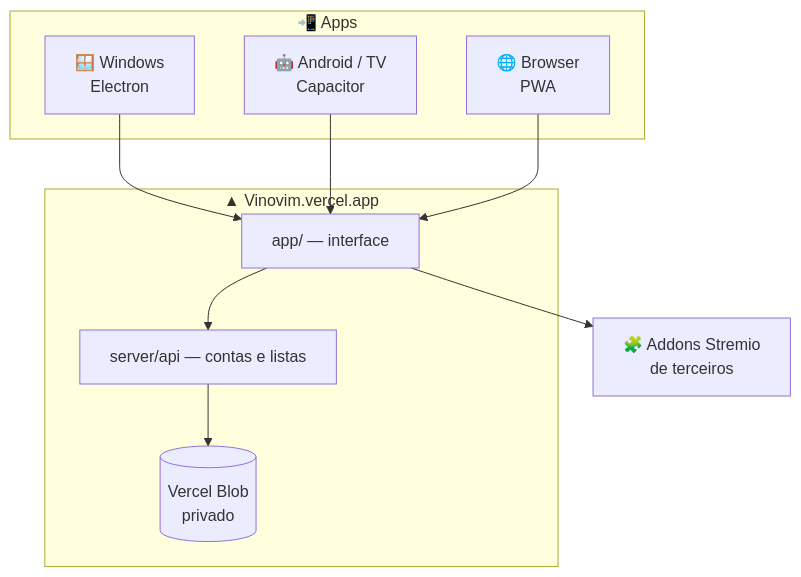
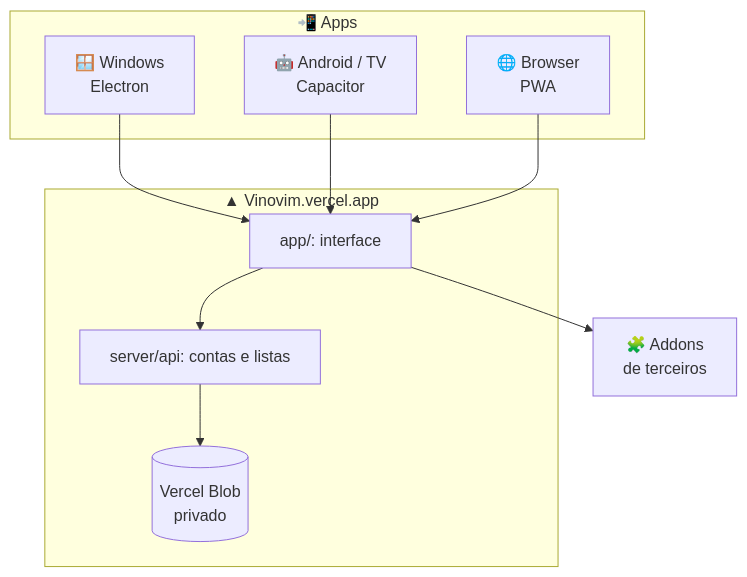
One commit to vitinv1t/vinovim changed the diagram in docs/ARQUITETURA.md. Above: the diagram before and after it, drawn with Mermaid. The commit also changed other lines of this file and 2 other files, not shown here.

Commit message:
Documentacao profissional

````diff
--- a/docs/ARQUITETURA.md
+++ b/docs/ARQUITETURA.md
@@ -7,20 +7,20 @@
 ```mermaid
 flowchart TB
     subgraph Apps["📲 Apps"]
         W[🪟 Windows<br>Electron]
         A[🤖 Android / TV<br>Capacitor]
         B[🌐 Browser<br>PWA]
     end
     subgraph Site["▲ Vinovim.vercel.app"]
-        UI[app/ — interface]
-        API[server/api — contas e listas]
+        UI[app/: interface]
+        API[server/api: contas e listas]
         BLOB[(Vercel Blob<br>privado)]
     end
-    ADD[🧩 Addons Stremio<br>de terceiros]
+    ADD[🧩 Addons<br>de terceiros]
 
     W --> UI
     A --> UI
     B --> UI
     UI --> API --> BLOB
     UI --> ADD
 ```
````
